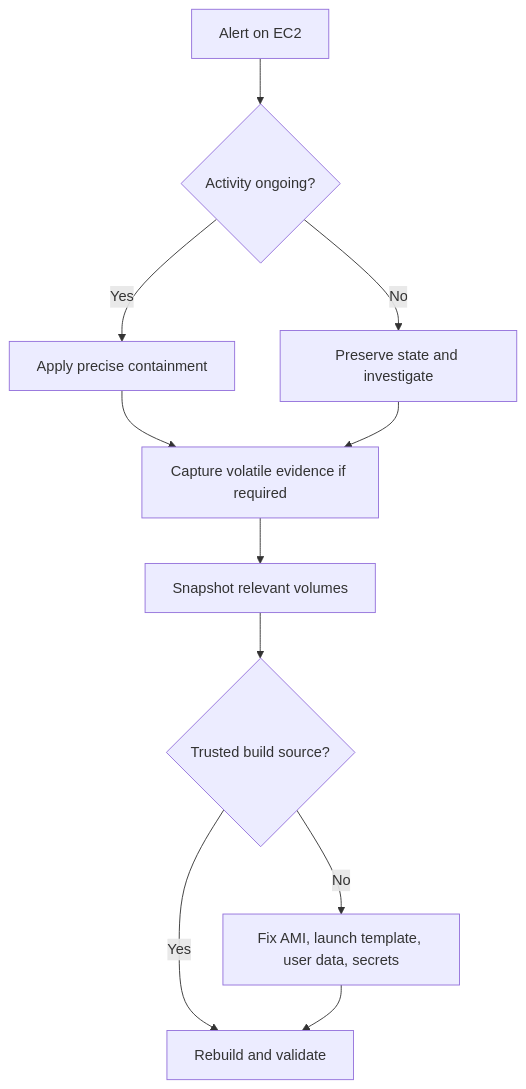
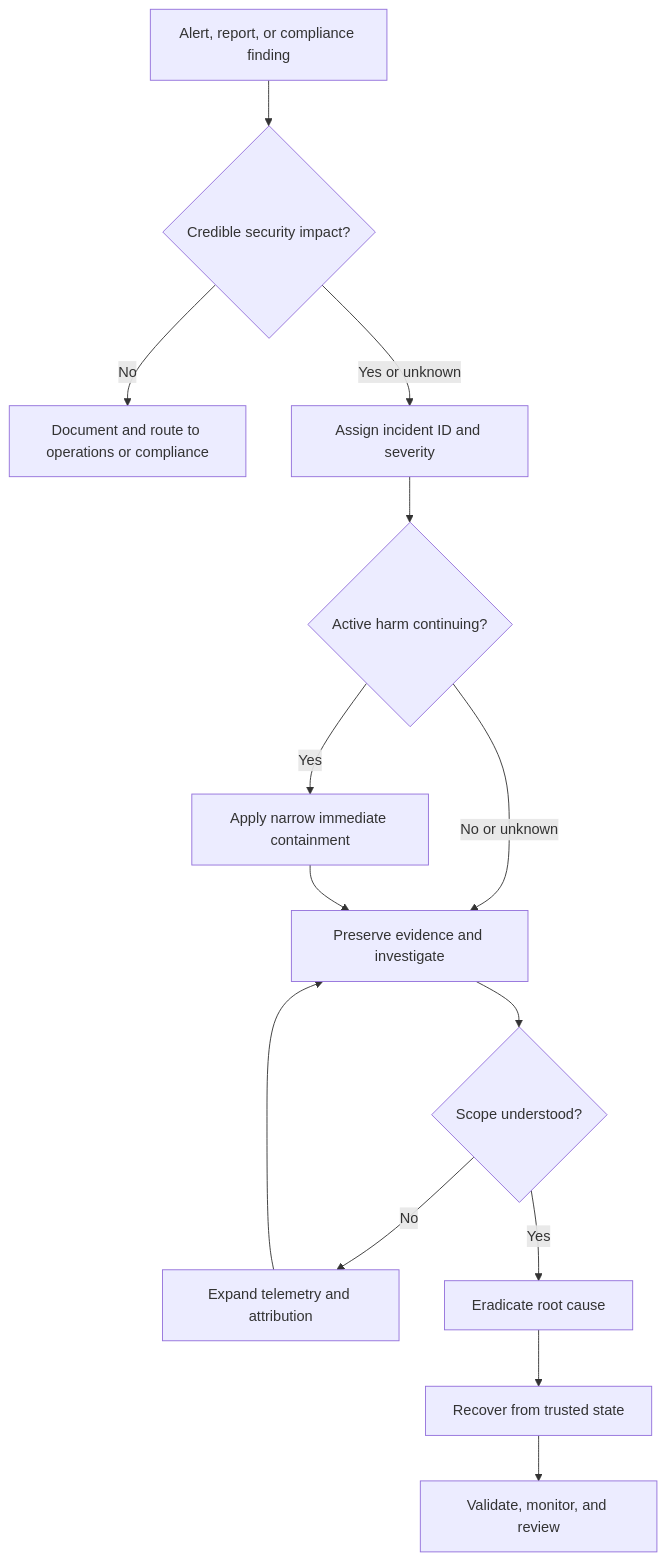
One commit to cliffvj/aws-incident-response-playbook changed the first of 4 diagrams in docs/decision-trees.md. Above: the diagram before and after it, drawn with Mermaid. The commit also changed other lines of this file and 25 other files, not shown here.

````diff
--- a/docs/decision-trees.md
+++ b/docs/decision-trees.md
@@ -4,13 +10,16 @@
 ```mermaid
 flowchart TD
- A[Alert on EC2] --> B{Activity ongoing?}
- B -- Yes --> C[Apply precise containment]
- B -- No --> D[Preserve state and investigate]
- C --> E[Capture volatile evidence if required]
- D --> E
- E --> F[Snapshot relevant volumes]
- F --> G{Trusted build source?}
- G -- No --> H[Fix AMI, launch template, user data, secrets]
- G -- Yes --> I[Rebuild and validate]
- H --> I
+    A[Alert, report, or compliance finding] --> B{Credible security impact?}
+    B -- No --> C[Document and route to operations or compliance]
+    B -- Yes or unknown --> D[Assign incident ID and severity]
+    D --> E{Active harm continuing?}
+    E -- Yes --> F[Apply narrow immediate containment]
+    E -- No or unknown --> G[Preserve evidence and investigate]
+    F --> G
+    G --> H{Scope understood?}
+    H -- No --> I[Expand telemetry and attribution]
+    I --> G
+    H -- Yes --> J[Eradicate root cause]
+    J --> K[Recover from trusted state]
+    K --> L[Validate, monitor, and review]
 ```
````
